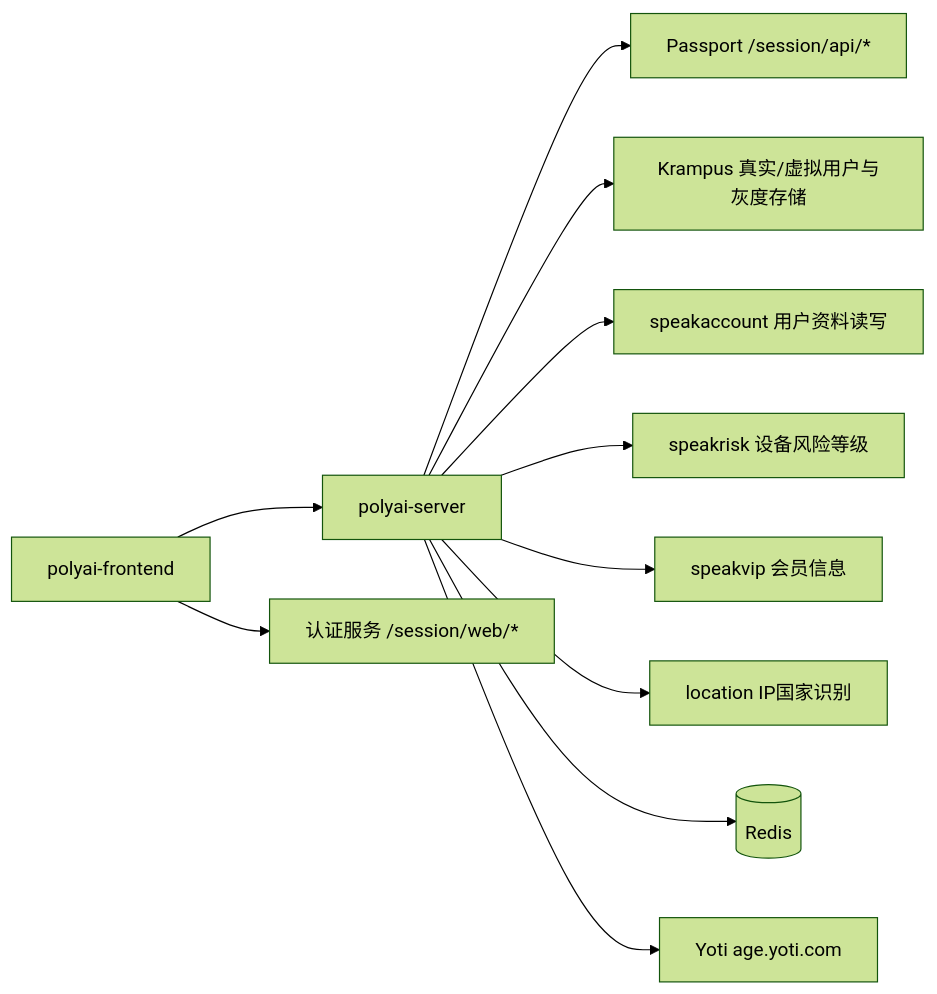
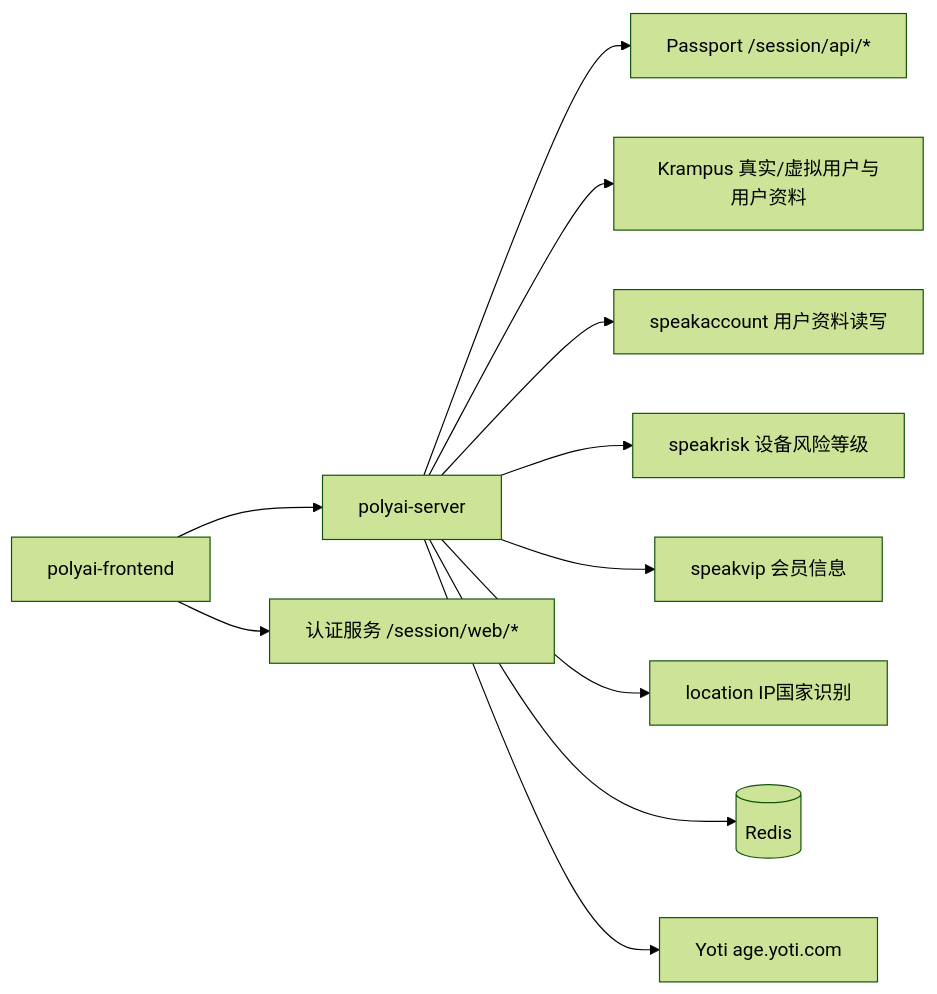
The first of 4 diagrams in features/01-用户与身份/用户依赖服务目录.md (cug-ptq/polyweb), drawn with Mermaid (forest theme) before and after one commit. The commit also changed other lines of this file and 2 other files, not shown here.

Commit message:
ci 用户登陆:krampus/speakaccount

````diff
--- a/features/01-用户与身份/用户依赖服务目录.md
+++ b/features/01-用户与身份/用户依赖服务目录.md
@@ -7,24 +7,24 @@
 ```mermaid
 flowchart LR
     FE[polyai-frontend]
     PAS[polyai-server]
     AuthWeb[认证服务 /session/web/*]
     Passport[Passport /session/api/*]
-    Krampus[Krampus 真实/虚拟用户与灰度存储]
+    Krampus[Krampus 真实/虚拟用户与用户资料]
     Account[speakaccount 用户资料读写]
     Risk[speakrisk 设备风险等级]
     VIP[speakvip 会员信息]
     Location[location IP国家识别]
     Redis[(Redis)]
     Yoti[Yoti age.yoti.com]
     FE --> PAS
     FE --> AuthWeb
     PAS --> Passport
     PAS --> Krampus
     PAS --> Account
     PAS --> Risk
     PAS --> VIP
     PAS --> Location
     PAS --> Redis
     PAS --> Yoti
 ```
````
